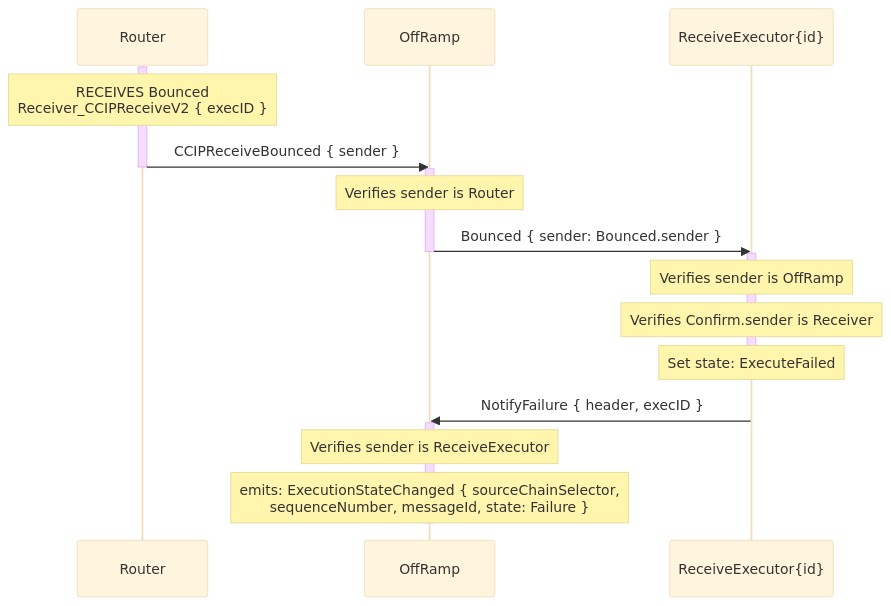
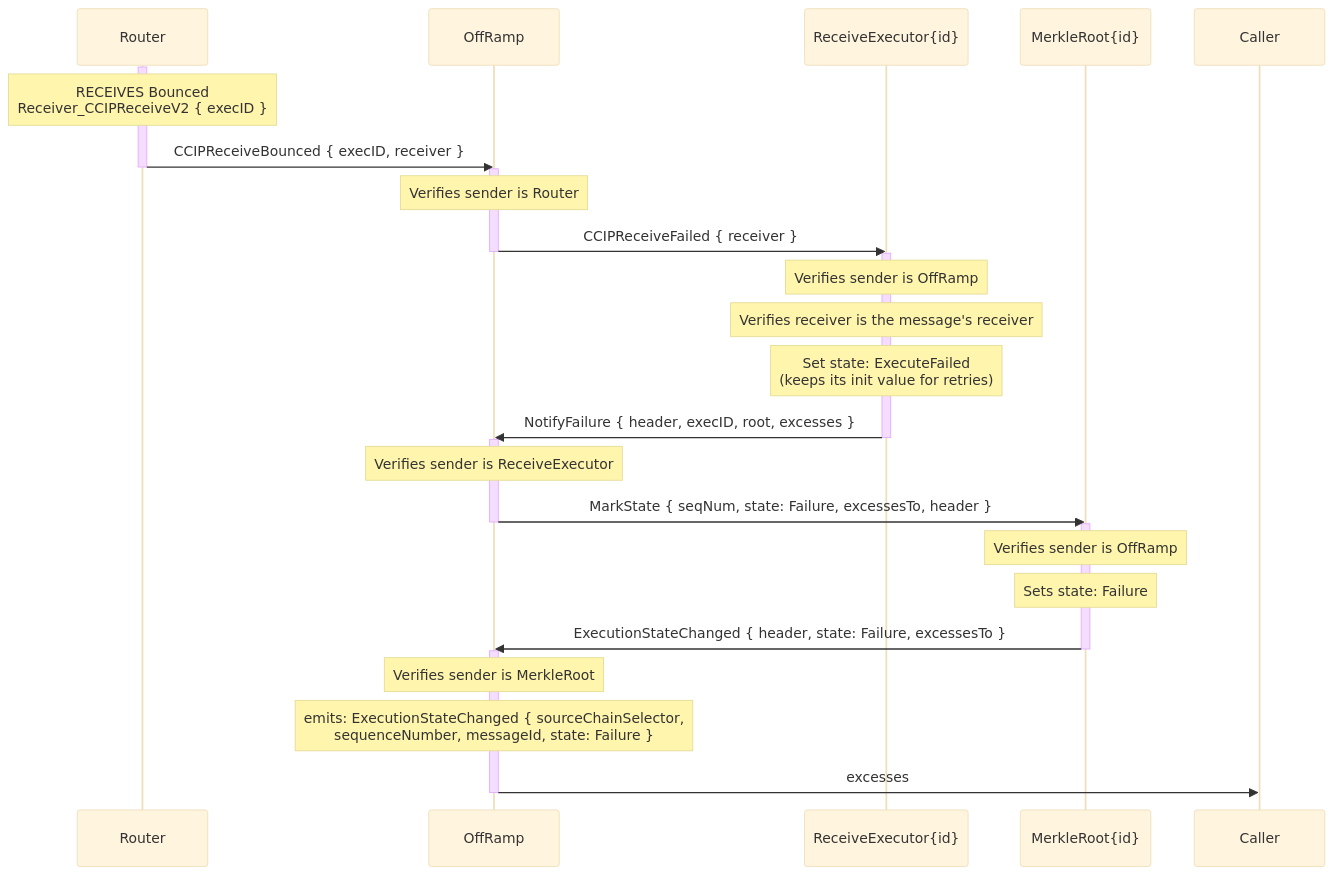
The seventh of 7 diagrams in docs/contracts/overview/ccip/offramp/arbitrary-msg.md (smartcontractkit/chainlink-ton), drawn with Mermaid (base theme) before and after one commit. The commit also changed other lines of this file and 17 other files, not shown here.

Commit message:
fix: message gets stuck if  onExecuteValidated throws

````diff
--- a/docs/contracts/overview/ccip/offramp/arbitrary-msg.md
+++ b/docs/contracts/overview/ccip/offramp/arbitrary-msg.md
@@ -186,34 +257,50 @@
 ```mermaid
 sequenceDiagram
     participant R as Router
     participant OR as OffRamp
     participant RE as ReceiveExecutor{id}
+    participant MR as MerkleRoot{id}
+    participant C as Caller
 
 
     activate R
     Note over R: RECEIVES Bounced<br>Receiver_CCIPReceiveV2 { execID }
-    R ->> OR: CCIPReceiveBounced { sender }
+    R ->> OR: CCIPReceiveBounced { execID, receiver }
     deactivate R
 
 
 
     activate OR
     Note over OR: Verifies sender is Router
-    OR ->> RE: Bounced { sender: Bounced.sender }
+    OR ->> RE: CCIPReceiveFailed { receiver }
     deactivate OR
 
 
     activate RE
     Note over RE: Verifies sender is OffRamp
-    Note over RE: Verifies Confirm.sender is Receiver
-    Note over RE: Set state: ExecuteFailed
+    Note over RE: Verifies receiver is the message's receiver
+    Note over RE: Set state: ExecuteFailed<br>(keeps its init value for retries)
+    RE ->> OR: NotifyFailure { header, execID, root, excesses }
     deactivate RE
-    RE ->> OR: NotifyFailure { header, execID }
 
 
 
     activate OR
     Note over OR: Verifies sender is ReceiveExecutor
+    OR ->> MR: MarkState { seqNum, state: Failure, excessesTo, header }
+    deactivate OR
+
+
+    activate MR
+    Note over MR: Verifies sender is OffRamp
+    Note over MR: Sets state: Failure
+    MR ->> OR: ExecutionStateChanged { header, state: Failure, excessesTo }
+    deactivate MR
+
+
+    activate OR
+    Note over OR: Verifies sender is MerkleRoot
     Note over OR: emits: ExecutionStateChanged { sourceChainSelector,<br>sequenceNumber, messageId, state: Failure }
+    OR ->> C: excesses
     deactivate OR
 ```
````
